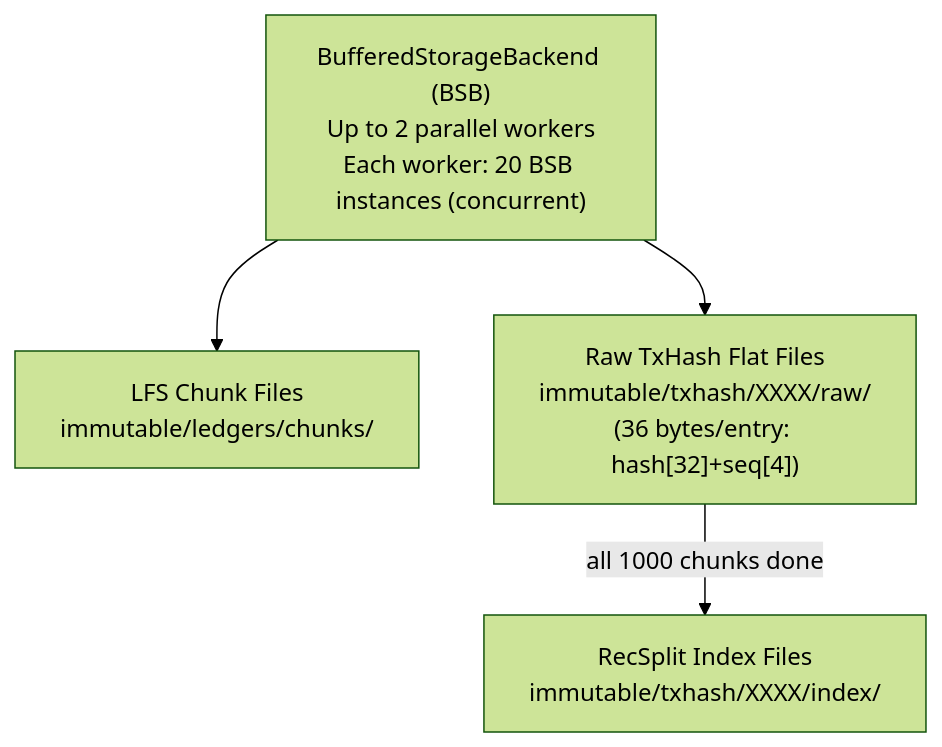
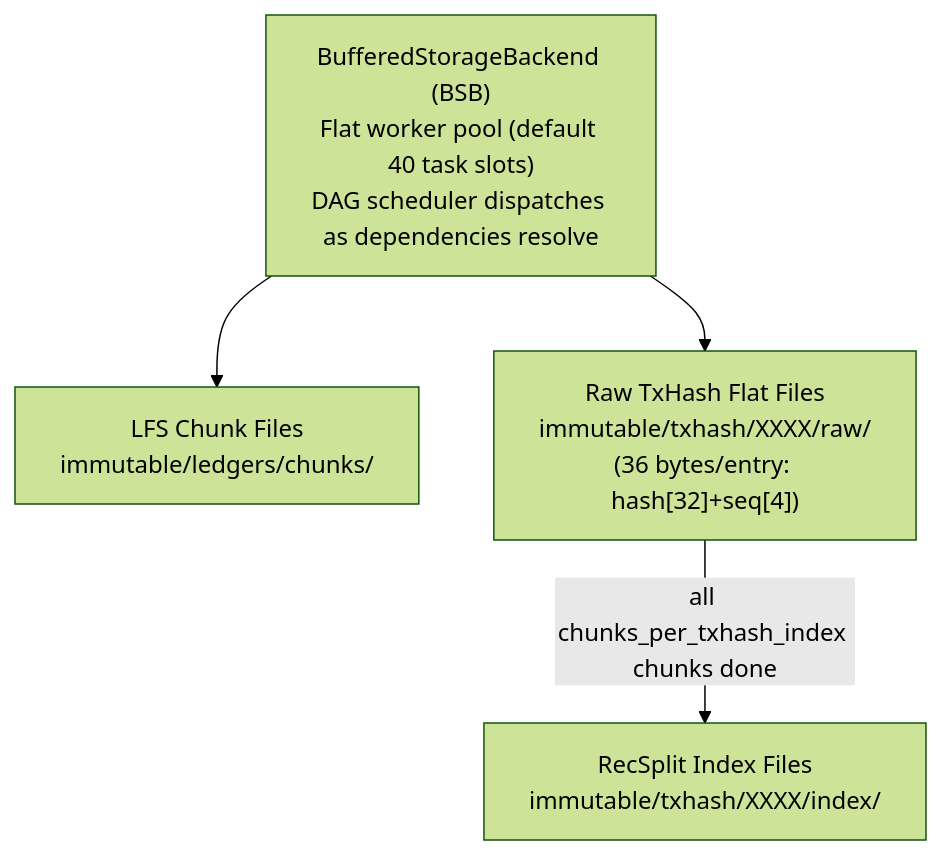
Before and after one commit to stellar/stellar-rpc: the second of 12 diagrams in full-history/design-docs/01-architecture-overview.md, drawn with Mermaid (forest theme). The commit also changed other lines of this file and 9 other files, not shown here.

First line of the commit message:
fix: purge stale orchestrator/parallel-workers language from all design docs

````diff
--- a/full-history/design-docs/01-architecture-overview.md
+++ b/full-history/design-docs/01-architecture-overview.md
@@ -45,7 +45,7 @@
 ```mermaid
 flowchart TD
-    BSB["BufferedStorageBackend (BSB)<br/>Up to 2 parallel workers<br/>Each worker: 20 BSB instances (concurrent)"]
+    BSB["BufferedStorageBackend (BSB)<br/>Flat worker pool (default 40 task slots)<br/>DAG scheduler dispatches as dependencies resolve"]
     BSB --> LFS["LFS Chunk Files<br/>immutable/ledgers/chunks/"]
     BSB --> TXRAW["Raw TxHash Flat Files<br/>immutable/txhash/XXXX/raw/<br/>(36 bytes/entry: hash[32]+seq[4])"]
-    TXRAW -->|"all 1000 chunks done"| RECSPLIT["RecSplit Index Files<br/>immutable/txhash/XXXX/index/"]
+    TXRAW -->|"all chunks_per_txhash_index chunks done"| RECSPLIT["RecSplit Index Files<br/>immutable/txhash/XXXX/index/"]
 ```
````
